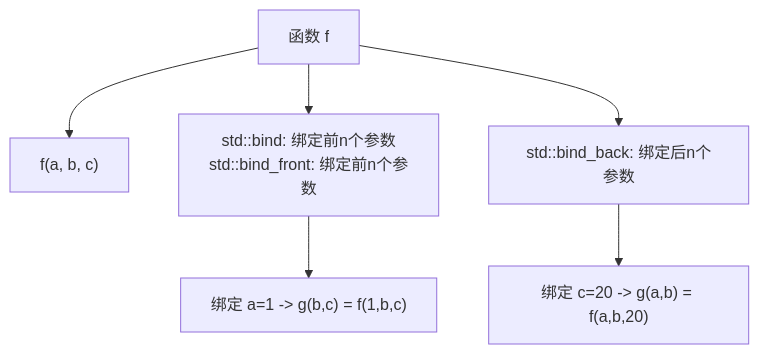
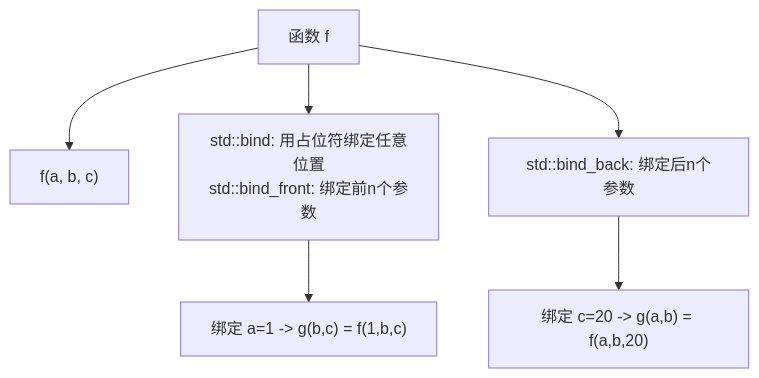
The third of 18 diagrams in content/Cpp/basic/Chapter-28-CPP23-Library-Features.md (before80/prgms), drawn with Mermaid before and after one commit. The commit also changed other lines of this file and 34 other files, not shown here.

````diff
--- a/content/Cpp/basic/Chapter-28-CPP23-Library-Features.md
+++ b/content/Cpp/basic/Chapter-28-CPP23-Library-Features.md
@@ -259,9 +259,9 @@
 ```mermaid
 flowchart TD
     A[函数 f] --> B["f(a, b, c)"]
-    A --> C["std::bind: 绑定前n个参数<br/>std::bind_front: 绑定前n个参数"]
+    A --> C["std::bind: 用占位符绑定任意位置<br/>std::bind_front: 绑定前n个参数"]
     A --> D["std::bind_back: 绑定后n个参数"]
     
     C --> E["绑定 a=1 -> g(b,c) = f(1,b,c)"]
     D --> F["绑定 c=20 -> g(a,b) = f(a,b,20)"]
 ```
````
